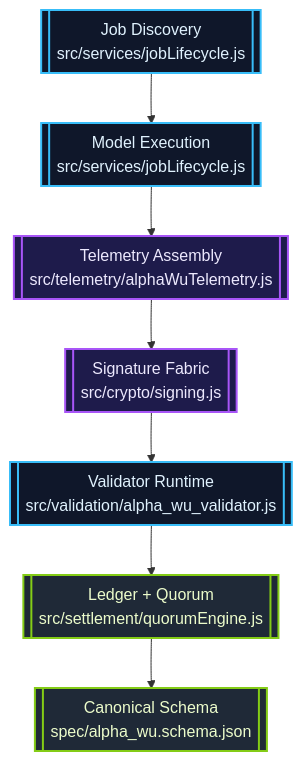
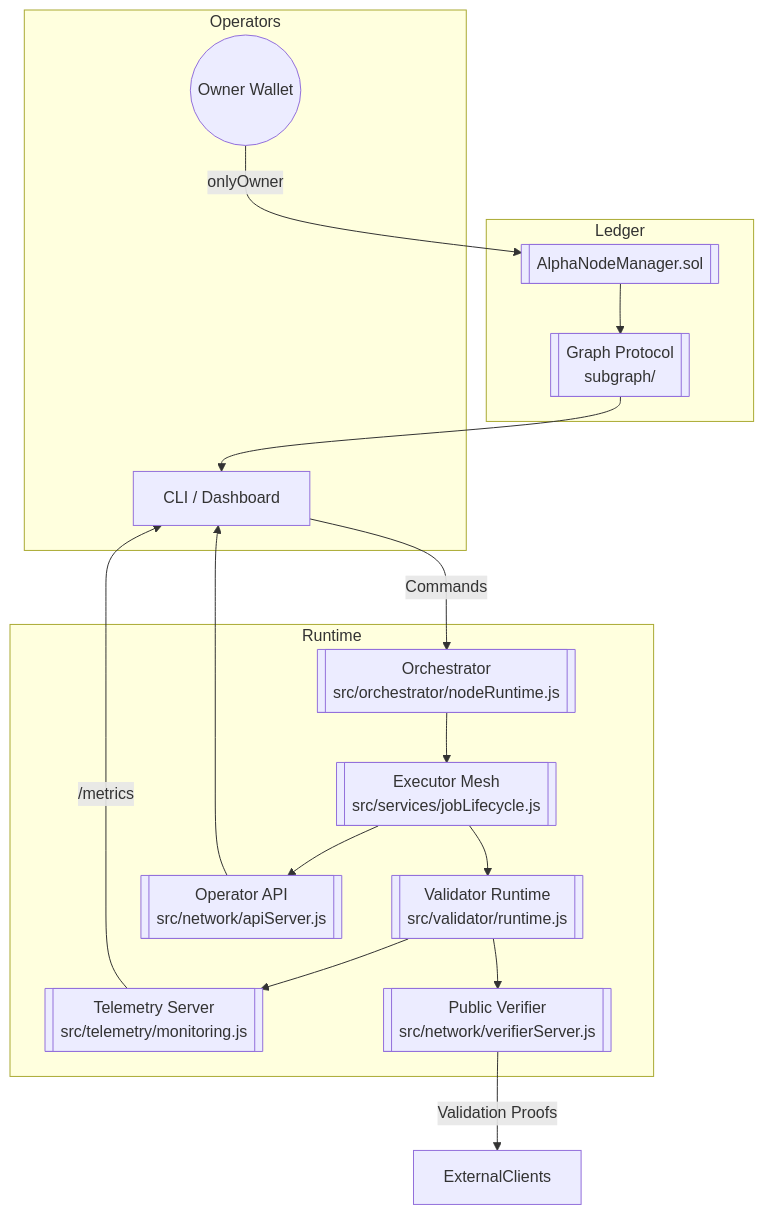
Before and after one commit to MontrealAI/AGI-Alpha-Node-v0: the second of 5 diagrams in README.md, drawn with Mermaid. The commit also changed other lines of this file, not shown here.

Commit message:
docs: refresh readme for alpha node observability

````diff
--- a/README.md
+++ b/README.md
@@ -159,14 +143,32 @@
 ```mermaid
-flowchart TD
-  classDef stage fill:#0f172a,stroke:#38bdf8,stroke-width:2px,color:#e0f2fe;
-  classDef attest fill:#1e1b4b,stroke:#a855f7,stroke-width:2px,color:#ede9fe;
-  classDef settle fill:#1f2937,stroke:#84cc16,stroke-width:2px,color:#ecfccb;
+graph TD
+  subgraph Operators
+    Owner((Owner Wallet))
+    Steward[CLI / Dashboard]
+  end
+  subgraph Runtime
+    Orchestrator[[Orchestrator<br/>src/orchestrator/nodeRuntime.js]]
+    Executor[[Executor Mesh<br/>src/services/jobLifecycle.js]]
+    Validator[[Validator Runtime<br/>src/validator/runtime.js]]
+    Monitor[[Telemetry Server<br/>src/telemetry/monitoring.js]]
+    API[[Operator API<br/>src/network/apiServer.js]]
+    Verifier[[Public Verifier<br/>src/network/verifierServer.js]]
+  end
+  subgraph Ledger
+    Solidity[[AlphaNodeManager.sol]]
+    Subgraph[[Graph Protocol<br/>subgraph/]]
+  end
 
-  Discovery[[Job Discovery<br/>src/services/jobLifecycle.js]]:::stage -->
-  Execution[[Model Execution<br/>src/services/jobLifecycle.js]]:::stage -->
-  Telemetry[[Telemetry Assembly<br/>src/telemetry/alphaWuTelemetry.js]]:::attest -->
-  Signing[[Signature Fabric<br/>src/crypto/signing.js]]:::attest -->
-  Validation[[Validator Runtime<br/>src/validation/alpha_wu_validator.js]]:::stage -->
-  Governance[[Ledger + Quorum<br/>src/settlement/quorumEngine.js]]:::settle -->
-  Archive[[Canonical Schema<br/>spec/alpha_wu.schema.json]]:::settle
+  Steward -->|Commands| Orchestrator
+  Orchestrator --> Executor
+  Executor --> Validator
+  Validator --> Monitor
+  Monitor -->|/metrics| Steward
+  Validator --> Verifier
+  Verifier -->|Validation Proofs| ExternalClients
+  Executor --> API
+  API --> Steward
+  Owner -->|onlyOwner| Solidity
+  Solidity --> Subgraph
+  Subgraph --> Steward
 ```
````
